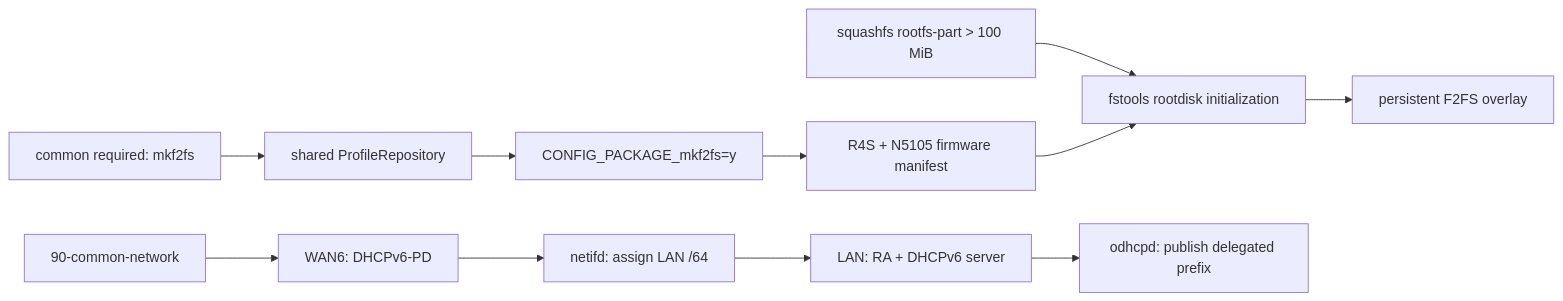
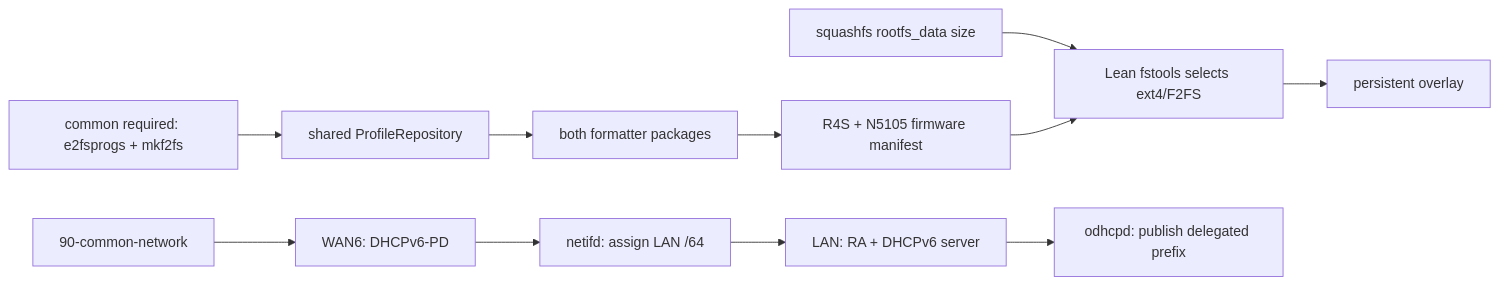
One commit to Suysker/Actions-OpenWrt changed the third of 3 diagrams in docs/build-architecture.md. Above: the diagram before and after it, drawn with Mermaid. The commit also changed other lines of this file and 4 other files, not shown here.

Commit message:
fix first-boot ext4 overlay formatter

````diff
--- a/docs/build-architecture.md
+++ b/docs/build-architecture.md
@@ -813,14 +813,14 @@
 ```mermaid
 flowchart LR
-    SIZE["squashfs rootfs-part > 100 MiB"] --> FST["fstools rootdisk initialization"]
-    REQ["common required: mkf2fs"] --> RENDER["shared ProfileRepository"]
-    RENDER --> CONFIG["CONFIG_PACKAGE_mkf2fs=y"]
+    SIZE["squashfs rootfs_data size"] --> FST["Lean fstools selects ext4/F2FS"]
+    REQ["common required: e2fsprogs + mkf2fs"] --> RENDER["shared ProfileRepository"]
+    RENDER --> CONFIG["both formatter packages"]
     CONFIG --> IMAGE["R4S + N5105 firmware manifest"]
     IMAGE --> FST
-    FST --> PERSIST["persistent F2FS overlay"]
+    FST --> PERSIST["persistent overlay"]
 
     NET["90-common-network"] --> WAN["WAN6: DHCPv6-PD"]
     WAN --> NETIFD["netifd: assign LAN /64"]
     NETIFD --> LAN["LAN: RA + DHCPv6 server"]
     LAN --> ODHCPD["odhcpd: publish delegated prefix"]
 ```
````
